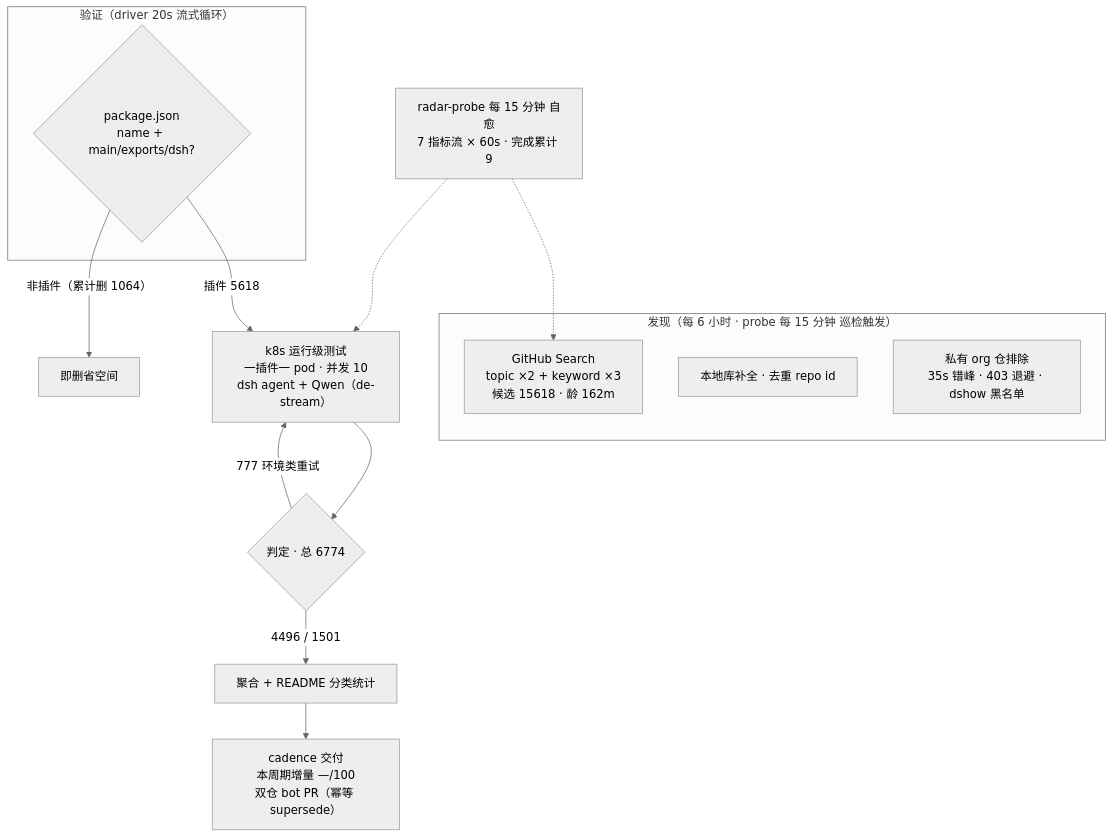
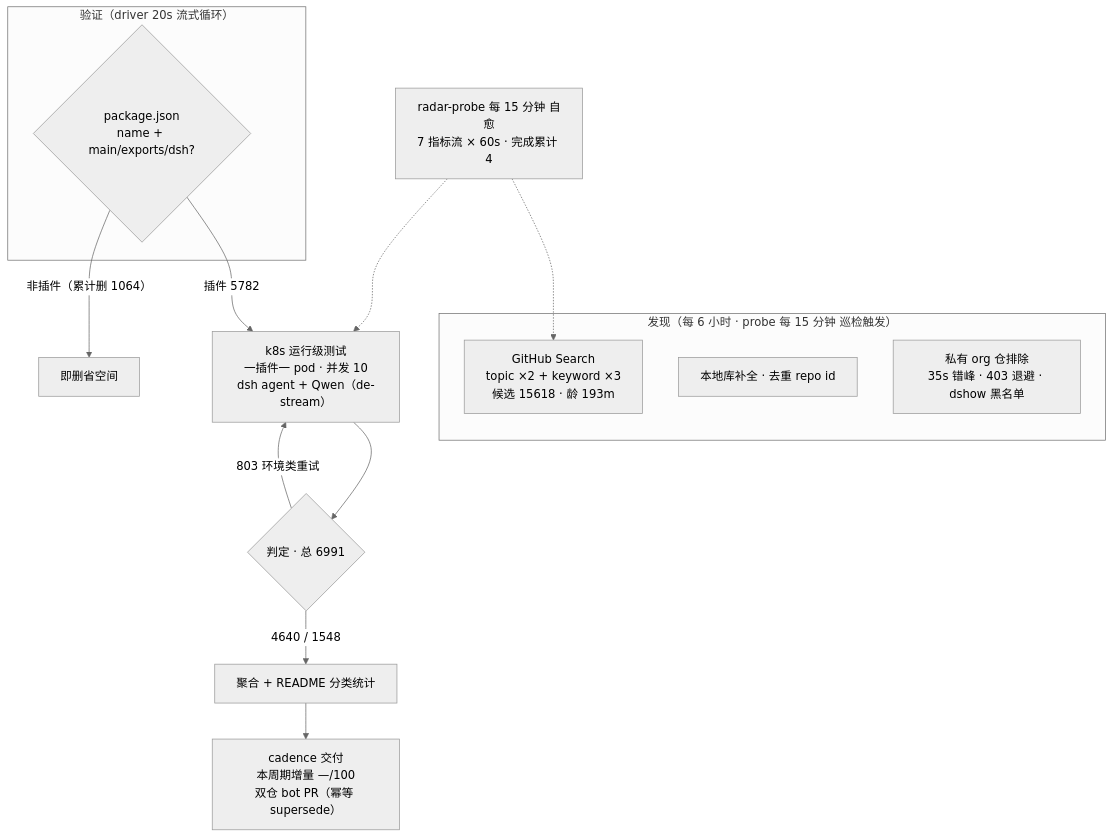
The diagram in README.md (AdamPlatin123/awesome-dsh-plugins), drawn with Mermaid (neutral theme) before and after one commit. The commit also changed other lines of this file and 5 other files, not shown here.

````diff
--- a/README.md
+++ b/README.md
@@ -37,20 +37,20 @@
 ```mermaid
 flowchart TB
     subgraph Discovery["发现（每 6 小时 · probe 每 15 分钟 巡检触发）"]
-        A1["GitHub Search<br/>topic ×2 + keyword ×3<br/>候选 15618 · 龄 162m"]
+        A1["GitHub Search<br/>topic ×2 + keyword ×3<br/>候选 15618 · 龄 193m"]
         A2["本地库补全 · 去重 repo id"]
         A3["私有 org 仓排除<br/>35s 错峰 · 403 退避 · dshow 黑名单"]
     end
     subgraph Validation["验证（driver 20s 流式循环）"]
         B1{"package.json<br/>name + main/exports/dsh?"}
     end
-    B1 -->|"插件 5618"| C1["k8s 运行级测试<br/>一插件一 pod · 并发 10<br/>dsh agent + Qwen（de-stream）"]
+    B1 -->|"插件 5782"| C1["k8s 运行级测试<br/>一插件一 pod · 并发 10<br/>dsh agent + Qwen（de-stream）"]
     B1 -->|"非插件（累计删 1064）"| B3["即删省空间"]
-    C1 --> D1{"判定 · 总 6774"}
-    D1 -->|"4496 / 1501"| E1["聚合 + README 分类统计"]
-    D1 -->|"777 环境类重试"| C1
+    C1 --> D1{"判定 · 总 6991"}
+    D1 -->|"4640 / 1548"| E1["聚合 + README 分类统计"]
+    D1 -->|"803 环境类重试"| C1
     E1 --> E2["cadence 交付<br/>本周期增量 —/100<br/>双仓 bot PR（幂等 supersede）"]
-    M["radar-probe 每 15 分钟 自愈<br/>7 指标流 × 60s · 完成累计 9"]
+    M["radar-probe 每 15 分钟 自愈<br/>7 指标流 × 60s · 完成累计 4"]
     M -.-> A1
     M -.-> C1
 ```
````
